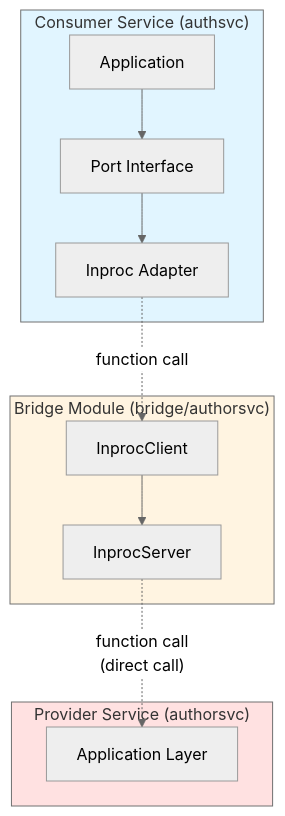
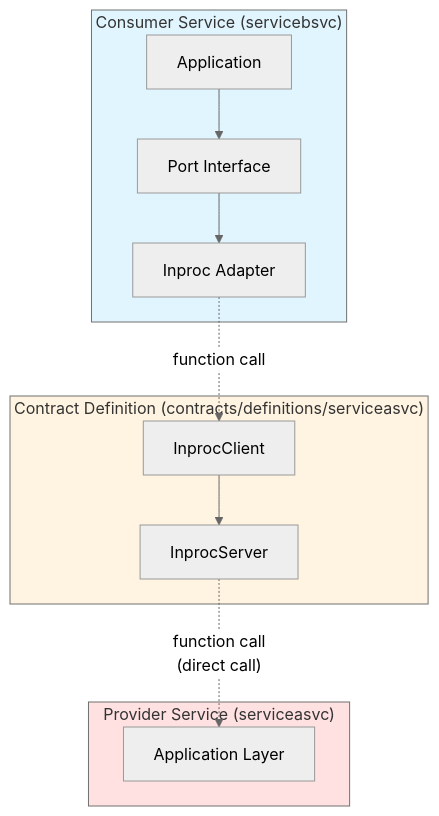
Before and after one commit to pivaldi/go-modular-monolith-white-paper: the first of 2 diagrams in protobuf-contracts.md, drawn with Mermaid (neutral theme). The commit also changed other lines of this file and 20 other files, not shown here.

Commit message:
Bridge to Contract Definition Architecture Refactoring

````diff
--- a/protobuf-contracts.md
+++ b/protobuf-contracts.md
@@ -55,29 +55,29 @@
 ```mermaid
 graph TB
-    subgraph consumer["Consumer Service (authsvc)"]
+    subgraph consumer["Consumer Service (servicebsvc)"]
         app1["Application"]
         port1["Port Interface"]
         adapter1["Inproc Adapter"]
 
         app1 --> port1
         port1 --> adapter1
     end
 
-    subgraph bridge["Bridge Module (bridge/authorsvc)"]
+    subgraph contracts["Contract Definition (contracts/definitions/serviceasvc)"]
         inproc_client["InprocClient"]
         inproc_server["InprocServer"]
 
         inproc_client --> inproc_server
     end
 
-    subgraph provider["Provider Service (authorsvc)"]
+    subgraph provider["Provider Service (serviceasvc)"]
         app_layer["Application Layer"]
     end
 
     adapter1 -.->|function call| inproc_client
     inproc_server -.->|"function call<br/>(direct call)"| app_layer
 
     style consumer fill:#e1f5ff
-    style bridge fill:#fff4e1
+    style contracts fill:#fff4e1
     style provider fill:#ffe1e1
 ```
````
